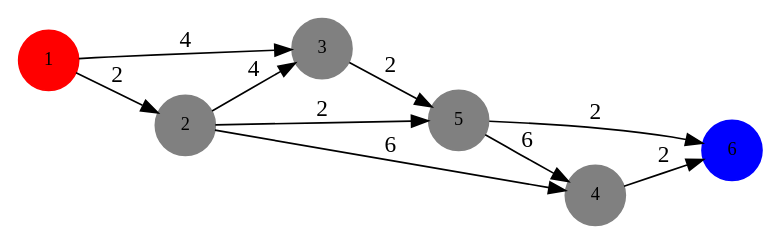
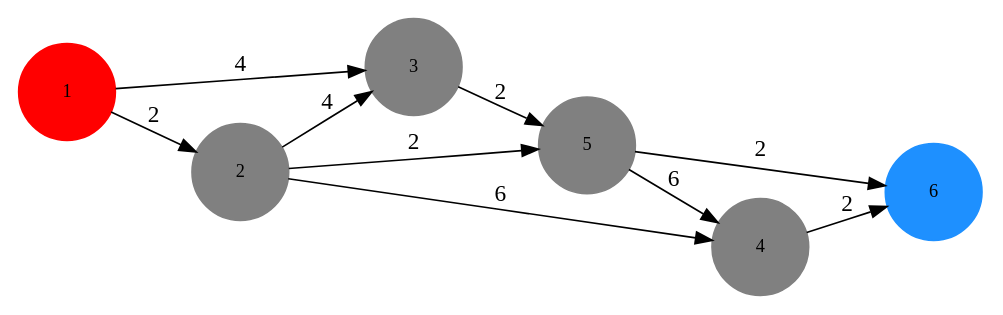
Before and after one commit to MichaelJWebster/ShortestPath: the first of 7 diagrams in doc/ShortestPathSocial.org, drawn with Graphviz. The commit also changed other lines of this file, not shown here.

```diff
--- a/doc/ShortestPathSocial.org
+++ b/doc/ShortestPathSocial.org
@@ -8,27 +54,24 @@
 #+BEGIN_SRC dot :file example1.png :cmdline -Kdot -Tpng
 
 digraph G {
 rankdir="LR";
-
 edge [weight=2];
-
-node [shape=circle,style=filled,fixedsize=true, width=0.5,height=0.5,fontsize=11, color=gray];
-
+node [shape=circle,style=filled,fixedsize=true, width=0.8,height=0.8,fontsize=11, color=gray];
 "1" [color=red];
-"6" [color=blue];
+"6" [color=dodgerblue];
 "2" [color=gray];
 "3" [color=gray];
 "4" [color=gray];
 "5" [color=gray];
 "1" -> "2" [label="2"];
 "1" -> "3" [label="4"];
 "2" -> "3" [label="4"];
 "2" -> "4" [label="6"];
 "2" -> "5" [label="2"];
 "3" -> "5" [label="2"];
 "4" -> "6" [label="2"];
 "5" -> "4" [label="6"];
 "5" -> "6" [label="2"];
 }
 
 #+END_SRC
```
